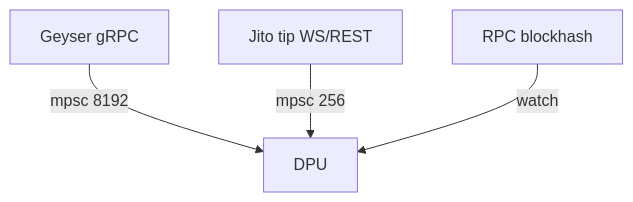
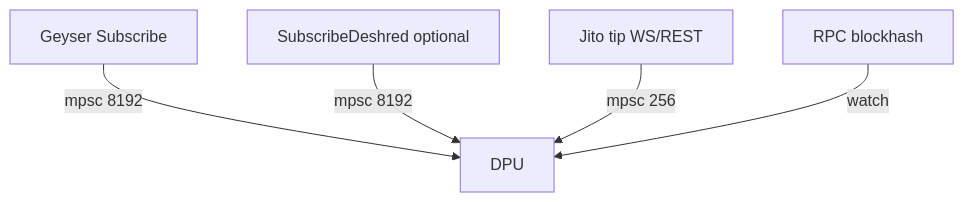
The second of 4 diagrams in README.md (tsmboa0/TURBINE), drawn with Mermaid before and after one commit. The commit also changed other lines of this file and 36 other files, not shown here.

Commit message:
added optional deshred subs into the pipeline and updated readme

````diff
--- a/README.md
+++ b/README.md
@@ -107,6 +129,7 @@
 ```mermaid
 flowchart TB
-    GEY[Geyser gRPC] -->|mpsc 8192| DPU
+    GEY[Geyser Subscribe] -->|mpsc 8192| DPU
+    DSH[SubscribeDeshred optional] -->|mpsc 8192| DPU
     TIP[Jito tip WS/REST] -->|mpsc 256| DPU
     RPC[RPC blockhash] -->|watch| DPU
 ```
````
